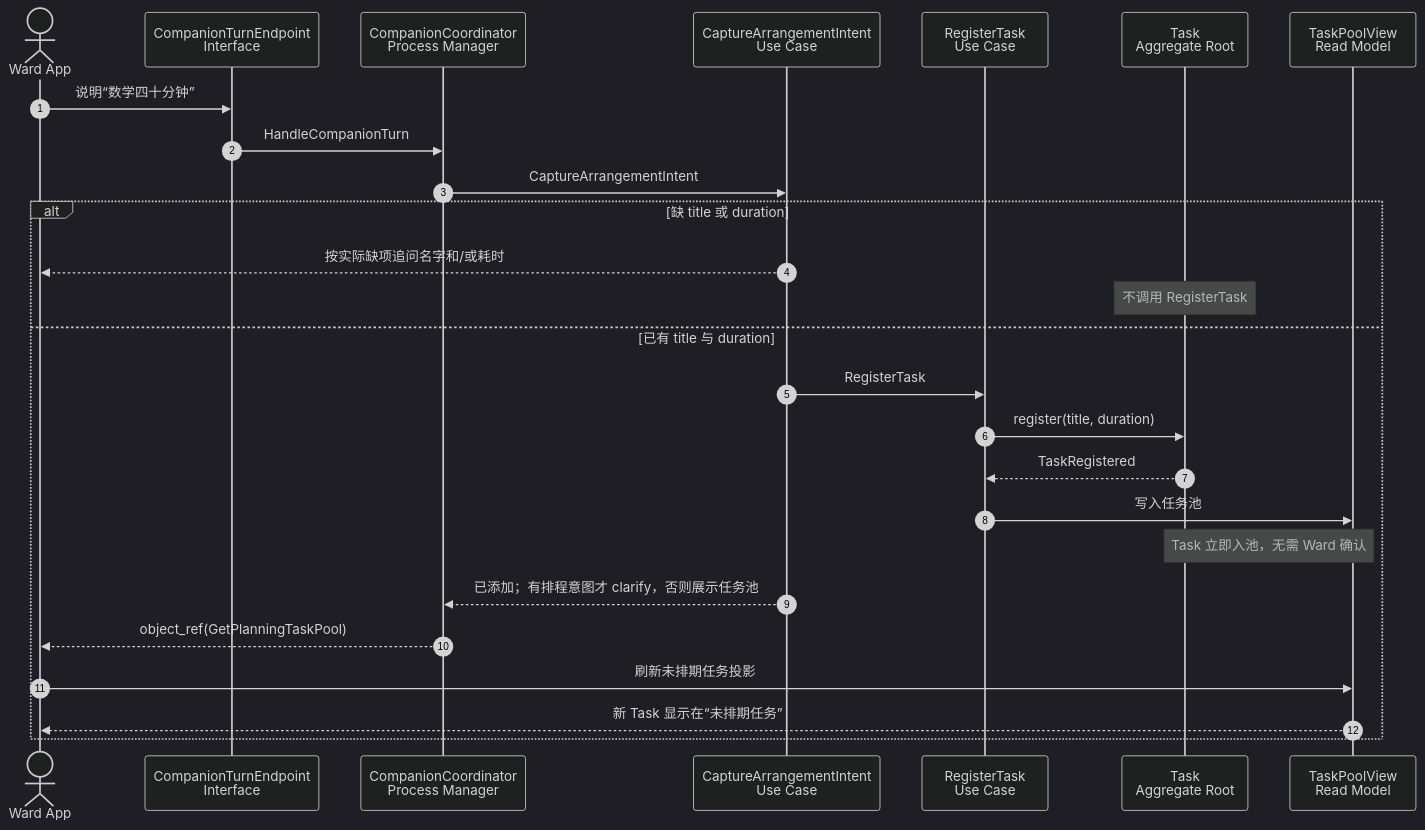
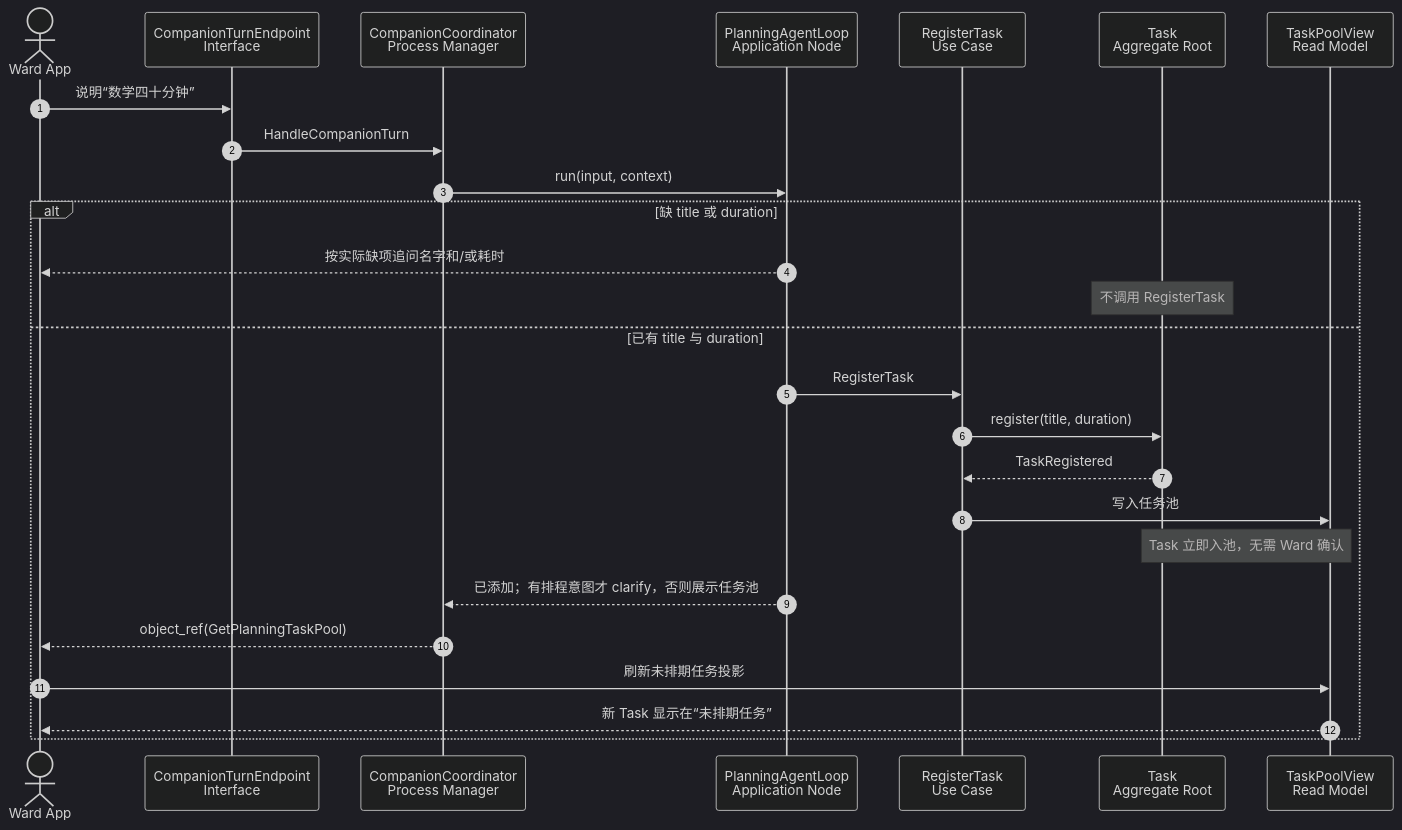
The fourth of 6 diagrams in docs/technical/domain-planning.md (johanchow/duxue), drawn with Mermaid (dark theme) before and after one commit. The commit also changed other lines of this file and 1 other file, not shown here.

````diff
--- a/docs/technical/domain-planning.md
+++ b/docs/technical/domain-planning.md
@@ -322,29 +187,29 @@
 ```mermaid
 sequenceDiagram
     autonumber
     actor W as Ward App
     participant I as CompanionTurnEndpoint<br/>Interface
     participant C as CompanionCoordinator<br/>Process Manager
-    participant U as CaptureArrangementIntent<br/>Use Case
+    participant U as PlanningAgentLoop<br/>Application Node
     participant RT as RegisterTask<br/>Use Case
     participant T as Task<br/>Aggregate Root
     participant TP as TaskPoolView<br/>Read Model
 
     W->>I: 说明“数学四十分钟”
     I->>C: HandleCompanionTurn
-    C->>U: CaptureArrangementIntent
+    C->>U: run(input, context)
     alt 缺 title 或 duration
         U-->>W: 按实际缺项追问名字和/或耗时
         Note over T: 不调用 RegisterTask
     else 已有 title 与 duration
         U->>RT: RegisterTask
         RT->>T: register(title, duration)
         T-->>RT: TaskRegistered
         RT->>TP: 写入任务池
         Note over T,TP: Task 立即入池，无需 Ward 确认
         U-->>C: 已添加；有排程意图才 clarify，否则展示任务池
         C-->>W: object_ref(GetPlanningTaskPool)
         W->>TP: 刷新未排期任务投影
         TP-->>W: 新 Task 显示在“未排期任务”
     end
 ```
````
